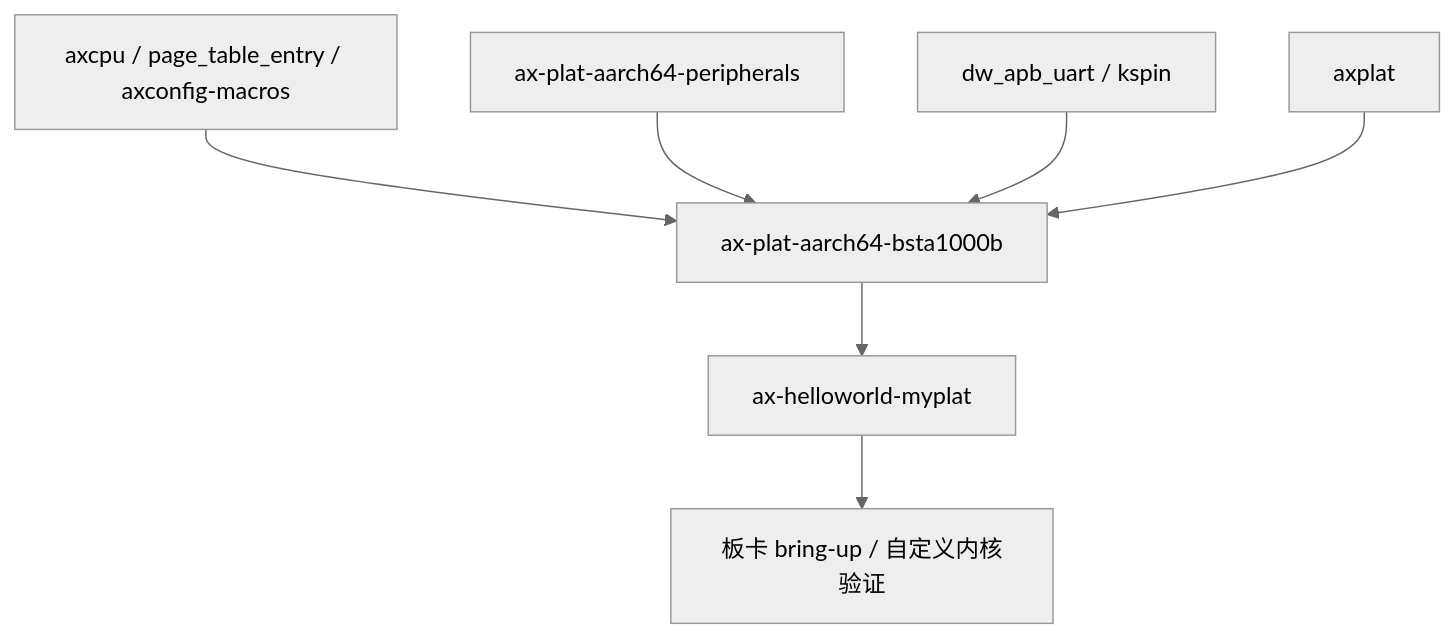
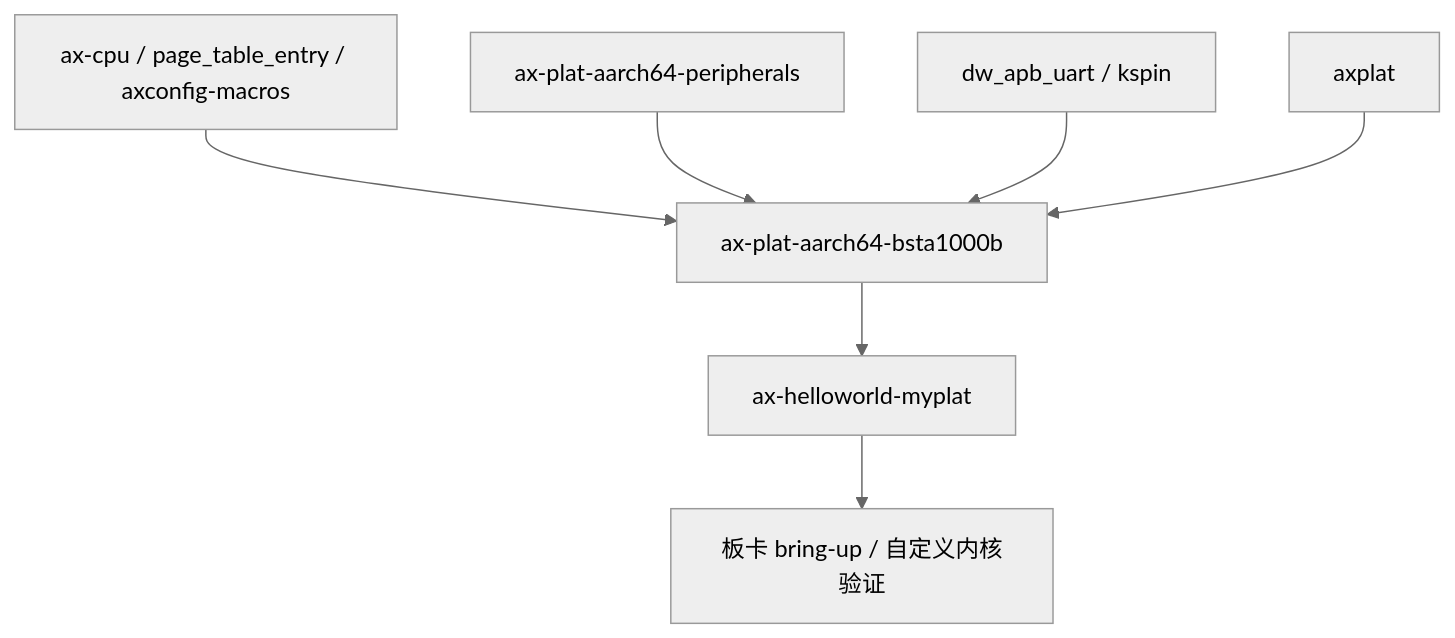
Before and after one commit to zKurisu/tgoskits: the second of 2 diagrams in docs/crates/ax-plat-aarch64-bsta1000b.md, drawn with Mermaid (neutral theme). The commit also changed other lines of this file and 106 other files, not shown here.

Commit message:
rename axcpu to ax-cpu

````diff
--- a/docs/crates/ax-plat-aarch64-bsta1000b.md
+++ b/docs/crates/ax-plat-aarch64-bsta1000b.md
@@ -161,9 +161,9 @@
 ```mermaid
 graph TD
-    A[axcpu / page_table_entry / axconfig-macros] --> B[ax-plat-aarch64-bsta1000b]
+    A[ax-cpu / page_table_entry / axconfig-macros] --> B[ax-plat-aarch64-bsta1000b]
     C[ax-plat-aarch64-peripherals] --> B
     D[dw_apb_uart / kspin] --> B
     E[axplat] --> B
     B --> F[ax-helloworld-myplat]
     F --> G[板卡 bring-up / 自定义内核验证]
 ```
````
